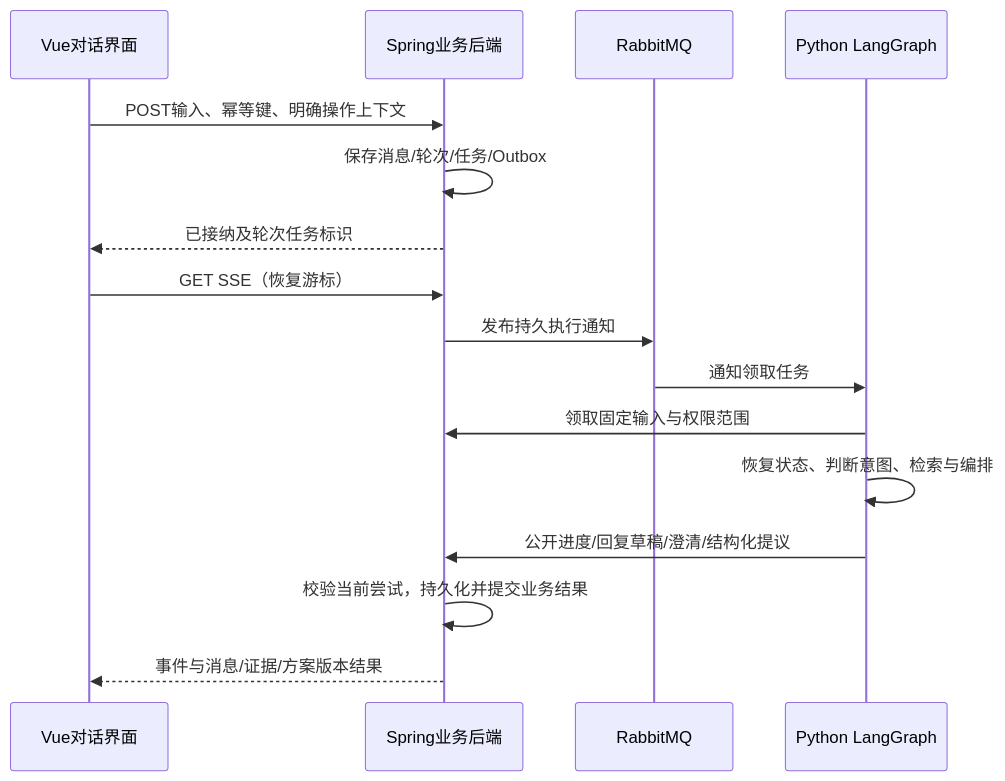
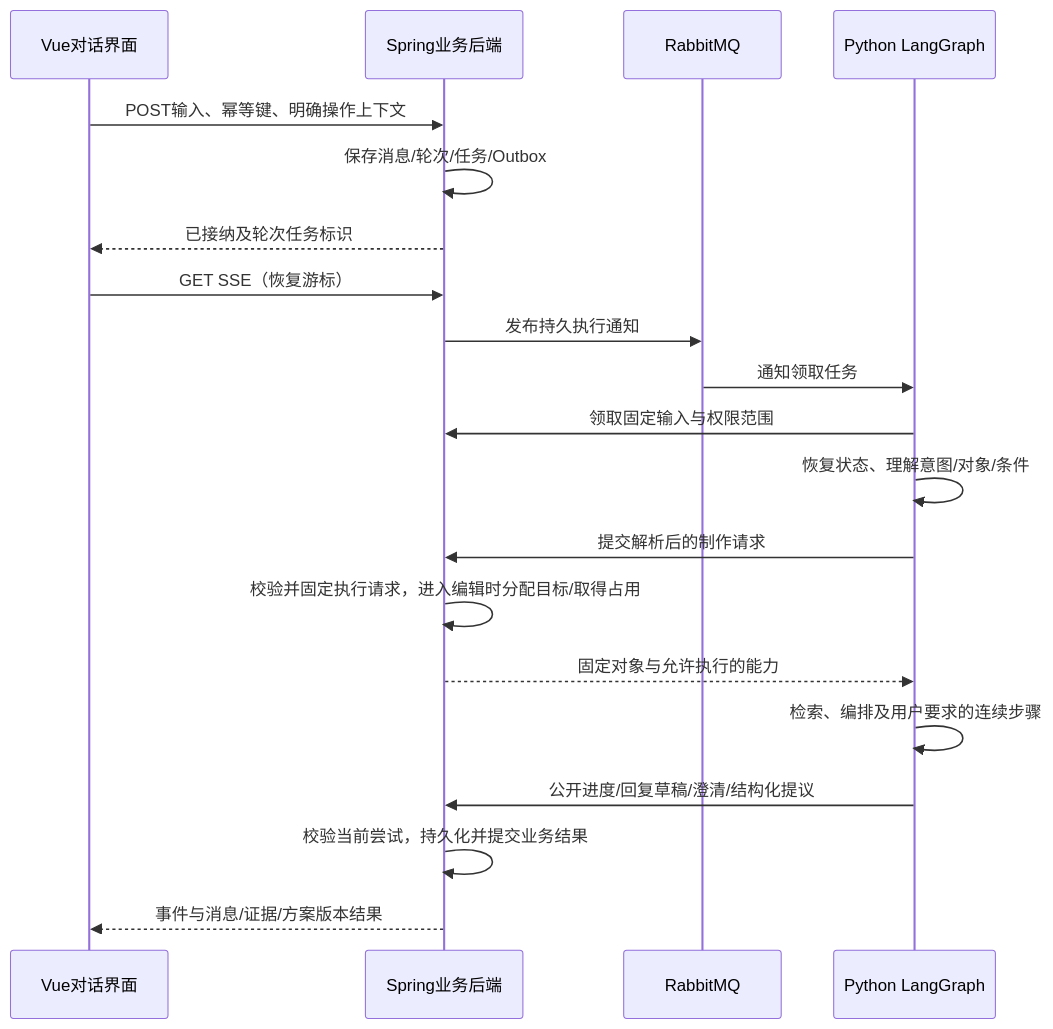
One commit to Hou1464851806/AgenticVideoProject changed the diagram in docs/conversation-design.md. Above: the diagram before and after it, drawn with Mermaid. The commit also changed other lines of this file and 14 other files, not shown here.

Commit message:
docs: 用对话流程统一所有功能（意图识别）

````diff
--- a/docs/conversation-design.md
+++ b/docs/conversation-design.md
@@ -9,18 +17,22 @@
 ```mermaid
 sequenceDiagram
     participant U as Vue对话界面
     participant B as Spring业务后端
     participant R as RabbitMQ
     participant A as Python LangGraph
     U->>B: POST输入、幂等键、明确操作上下文
     B->>B: 保存消息/轮次/任务/Outbox
     B-->>U: 已接纳及轮次任务标识
     U->>B: GET SSE（恢复游标）
     B->>R: 发布持久执行通知
     R->>A: 通知领取任务
     A->>B: 领取固定输入与权限范围
-    A->>A: 恢复状态、判断意图、检索与编排
+    A->>A: 恢复状态、理解意图/对象/条件
+    A->>B: 提交解析后的制作请求
+    B->>B: 校验并固定执行请求，进入编辑时分配目标/取得占用
+    B-->>A: 固定对象与允许执行的能力
+    A->>A: 检索、编排及用户要求的连续步骤
     A->>B: 公开进度/回复草稿/澄清/结构化提议
     B->>B: 校验当前尝试，持久化并提交业务结果
     B-->>U: 事件与消息/证据/方案版本结果
 ```
````
